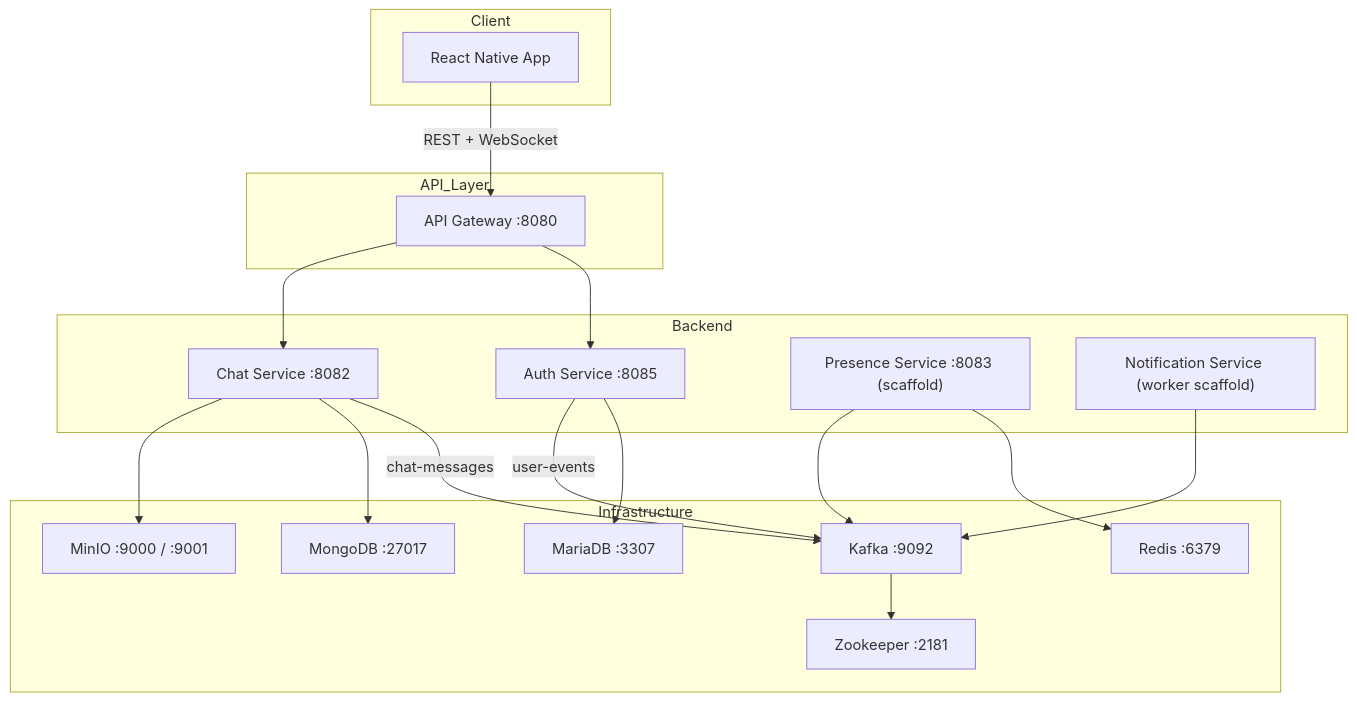
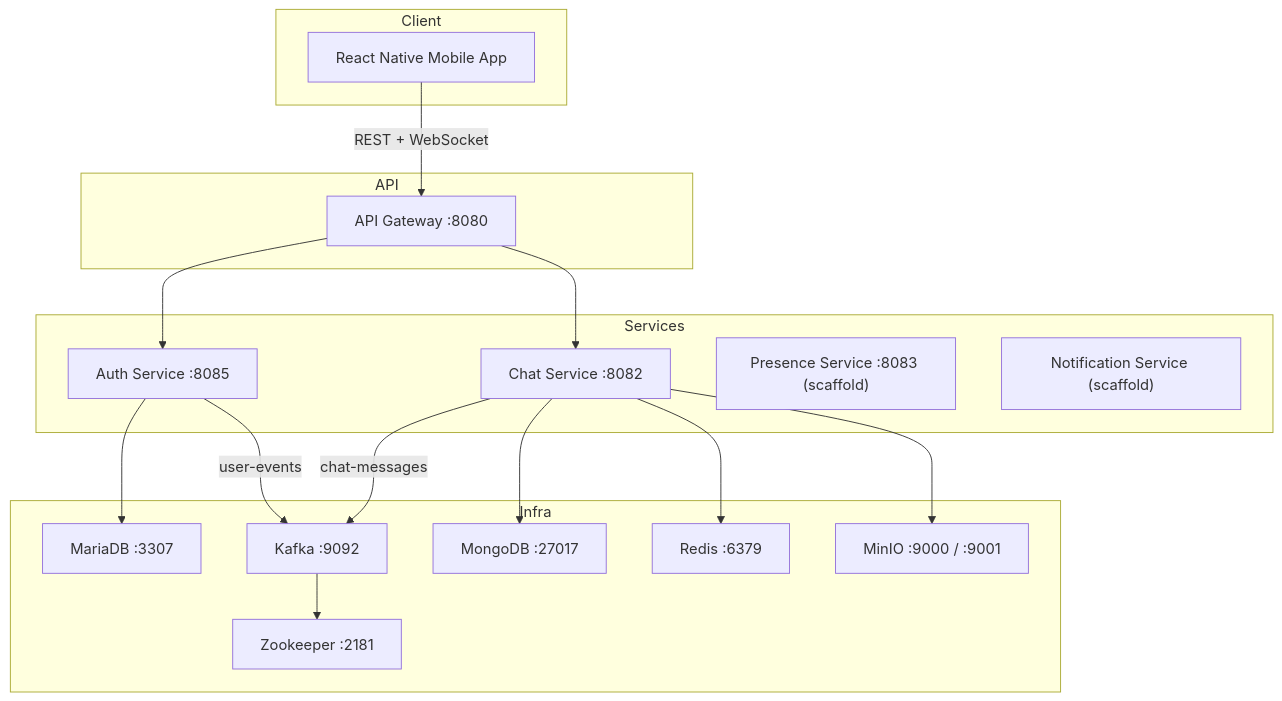
The first of 3 diagrams in README.md (Hiep0718/IUH_CONNECT), drawn with Mermaid before and after one commit. The commit also changed other lines of this file and 24 other files, not shown here.

````diff
--- a/README.md
+++ b/README.md
@@ -38,42 +95,40 @@
 ```mermaid
 graph TB
     subgraph Client
-        FE["React Native App"]
+        FE["React Native Mobile App"]
     end
 
-    subgraph API_Layer
+    subgraph API
         GW["API Gateway :8080"]
     end
 
-    subgraph Backend
+    subgraph Services
         AUTH["Auth Service :8085"]
         CHAT["Chat Service :8082"]
-        PRES["Presence Service :8083 (scaffold)"]
-        NOTI["Notification Service (worker scaffold)"]
+        PRESVC["Presence Service :8083 (scaffold)"]
+        NOTI["Notification Service (scaffold)"]
     end
 
-    subgraph Infrastructure
+    subgraph Infra
         ZK["Zookeeper :2181"]
-        KF["Kafka :9092"]
-        MDB["MariaDB :3307"]
+        KAFKA["Kafka :9092"]
+        MARIA["MariaDB :3307"]
         MONGO["MongoDB :27017"]
         REDIS["Redis :6379"]
         MINIO["MinIO :9000 / :9001"]
     end
 
     FE -->|"REST + WebSocket"| GW
     GW --> AUTH
     GW --> CHAT
 
-    AUTH --> MDB
-    AUTH -->|"user-events"| KF
+    AUTH --> MARIA
+    AUTH -->|"user-events"| KAFKA
 
-    CHAT -->|"chat-messages"| KF
+    CHAT -->|"chat-messages"| KAFKA
     CHAT --> MONGO
+    CHAT --> REDIS
     CHAT --> MINIO
 
-    PRES --> REDIS
-    PRES --> KF
-    NOTI --> KF
-    KF --> ZK
+    KAFKA --> ZK
 ```
````
